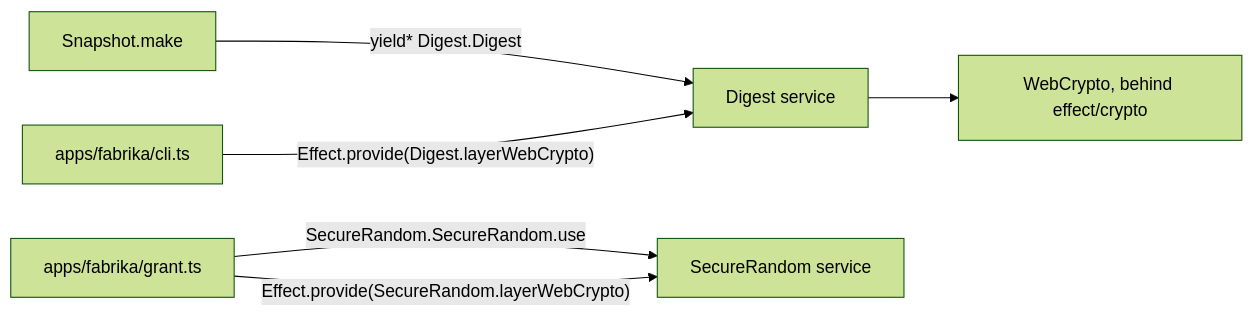
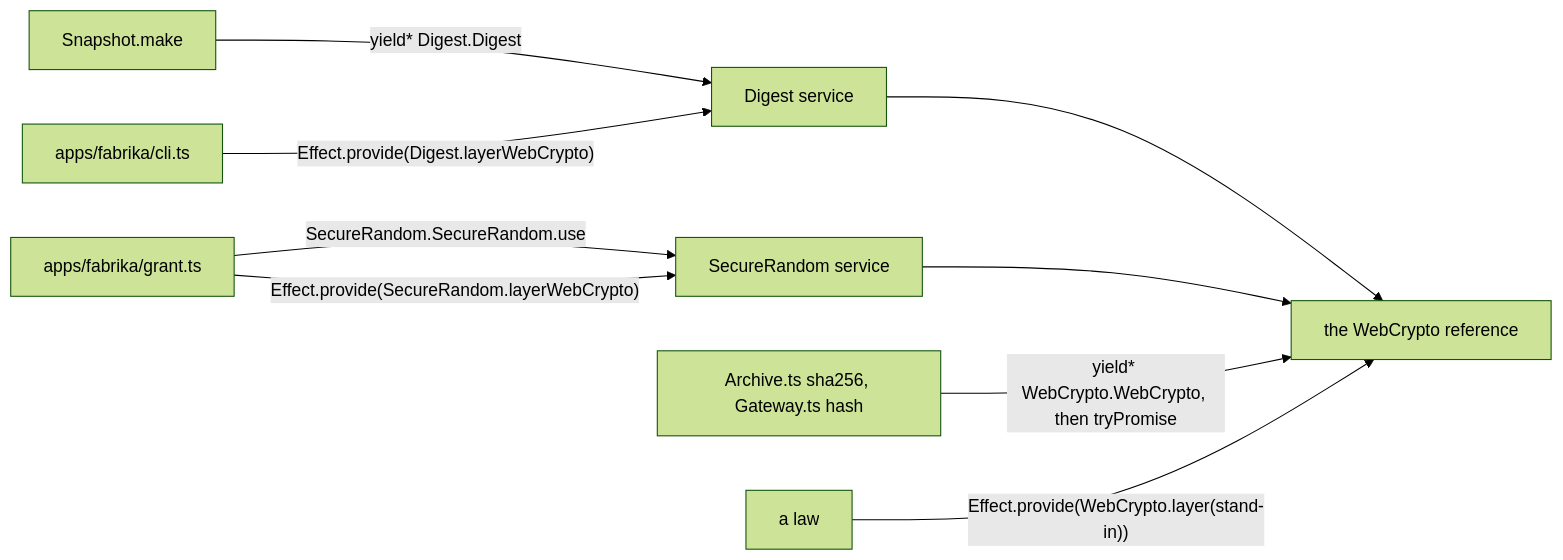
The diagram in .patterns/effect-crypto-through-services.md (kamp-us/tea-fabrika), drawn with Mermaid (forest theme) before and after one commit. The commit also changed other lines of this file and 77 other files, not shown here.

````diff
--- a/.patterns/effect-crypto-through-services.md
+++ b/.patterns/effect-crypto-through-services.md
@@ -8,8 +8,11 @@
 ```mermaid
 flowchart LR
   make["Snapshot.make"] -- "yield* Digest.Digest" --> digest["Digest service"]
   cli["apps/fabrika/cli.ts"] -- "Effect.provide(Digest.layerWebCrypto)" --> digest
-  digest --> webcrypto["WebCrypto, behind effect/crypto"]
+  digest --> webcrypto["the WebCrypto reference"]
   grant["apps/fabrika/grant.ts"] -- "SecureRandom.SecureRandom.use" --> random["SecureRandom service"]
   grant -- "Effect.provide(SecureRandom.layerWebCrypto)" --> random
+  random --> webcrypto
+  sha["Archive.ts sha256, Gateway.ts hash"] -- "yield* WebCrypto.WebCrypto, then tryPromise" --> webcrypto
+  law["a law"] -- "Effect.provide(WebCrypto.layer(stand-in))" --> webcrypto
 ```
````
